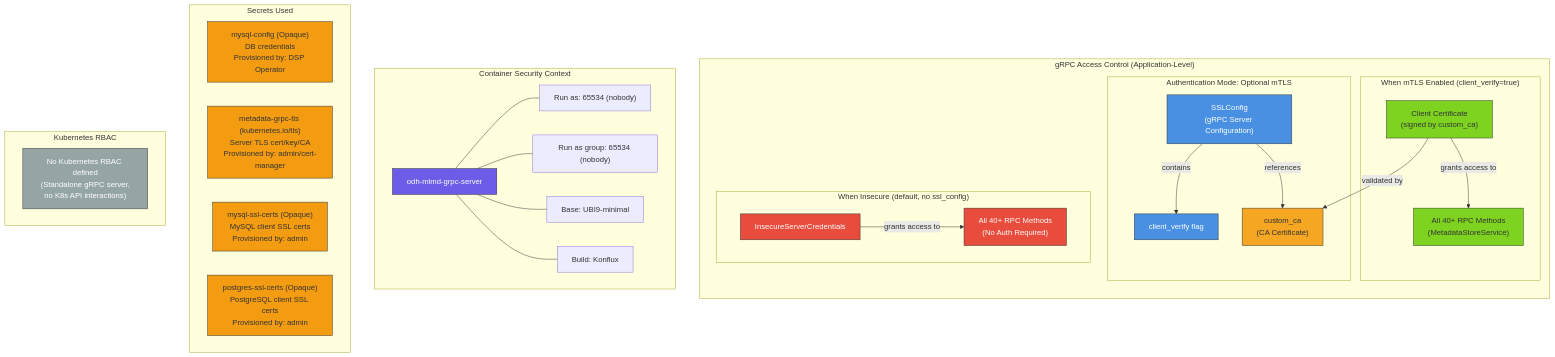
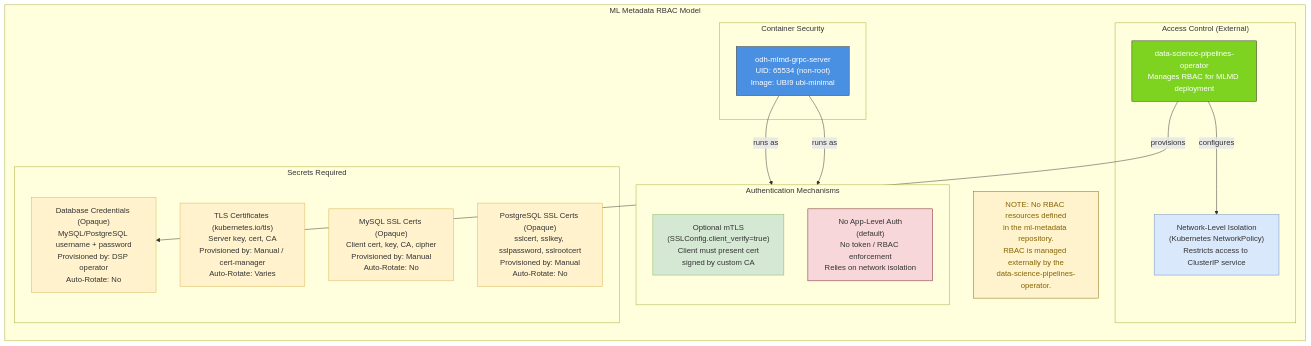
The diagram in architecture/rhoai-2.25/diagrams/ml-metadata-rbac.mmd (rhuss/architecture-context), drawn with Mermaid before and after one commit. The commit also changed 1980 other files, not shown here.

First line of the commit message:
regenerate architecture for rhoai-2.25 and rhoai-3.4, make PNG export opt-in

```diff
--- a/architecture/rhoai-2.25/diagrams/ml-metadata-rbac.mmd
+++ b/architecture/rhoai-2.25/diagrams/ml-metadata-rbac.mmd
@@ -1,66 +1,44 @@
-%% ML Metadata - RBAC / Access Control Diagram
-%% Generated by: Claude Opus 4.6
-%% Source: architecture/rhoai-2.25/ml-metadata.md
-
 graph TD
-    subgraph "gRPC Access Control (Application-Level)"
+    subgraph "ML Metadata RBAC Model"
         direction TB
 
-        subgraph "Authentication Mode: Optional mTLS"
-            SSLConfig["SSLConfig<br/>(gRPC Server Configuration)"]
-            ClientVerify["client_verify flag"]
-            CustomCA["custom_ca<br/>(CA Certificate)"]
+        Note["NOTE: No RBAC resources defined<br/>in the ml-metadata repository.<br/>RBAC is managed externally by the<br/>data-science-pipelines-operator."]
 
-            SSLConfig -->|contains| ClientVerify
-            SSLConfig -->|references| CustomCA
+        subgraph "Container Security"
+            Container["odh-mlmd-grpc-server<br/>UID: 65534 (non-root)<br/>Image: UBI9 ubi-minimal"]
         end
 
-        subgraph "When mTLS Enabled (client_verify=true)"
-            ClientCert["Client Certificate<br/>(signed by custom_ca)"]
-            ClientCert -->|validated by| CustomCA
-            ClientCert -->|grants access to| AllRPCs_Secure["All 40+ RPC Methods<br/>(MetadataStoreService)"]
+        subgraph "Authentication Mechanisms"
+            direction TB
+            mTLS["Optional mTLS<br/>(SSLConfig.client_verify=true)<br/>Client must present cert<br/>signed by custom CA"]
+            NoAuth["No App-Level Auth<br/>(default)<br/>No token / RBAC enforcement<br/>Relies on network isolation"]
         end
 
-        subgraph "When Insecure (default, no ssl_config)"
-            Insecure["InsecureServerCredentials"]
-            Insecure -->|grants access to| AllRPCs_Open["All 40+ RPC Methods<br/>(No Auth Required)"]
+        subgraph "Access Control (External)"
+            DSPOp["data-science-pipelines-operator<br/>Manages RBAC for MLMD deployment"]
+            NetPolicy["Network-Level Isolation<br/>(Kubernetes NetworkPolicy)<br/>Restricts access to ClusterIP service"]
         end
+
+        subgraph "Secrets Required"
+            DBCreds["Database Credentials (Opaque)<br/>MySQL/PostgreSQL username + password<br/>Provisioned by: DSP operator<br/>Auto-Rotate: No"]
+            TLSCerts["TLS Certificates (kubernetes.io/tls)<br/>Server key, cert, CA<br/>Provisioned by: Manual / cert-manager<br/>Auto-Rotate: Varies"]
+            MySQLSSL["MySQL SSL Certs (Opaque)<br/>Client cert, key, CA, cipher<br/>Provisioned by: Manual<br/>Auto-Rotate: No"]
+            PgSSL["PostgreSQL SSL Certs (Opaque)<br/>sslcert, sslkey, sslpassword, sslrootcert<br/>Provisioned by: Manual<br/>Auto-Rotate: No"]
+        end
+
+        Container -->|"runs as"| mTLS
+        Container -->|"runs as"| NoAuth
+        DSPOp -->|"provisions"| DBCreds
+        DSPOp -->|"configures"| NetPolicy
     end
 
-    subgraph "Container Security Context"
-        Container["odh-mlmd-grpc-server"]
-        UserID["Run as: 65534 (nobody)"]
-        GroupID["Run as group: 65534 (nobody)"]
-        BaseImg["Base: UBI9-minimal"]
-        BuildSys["Build: Konflux"]
-
-        Container --- UserID
-        Container --- GroupID
-        Container --- BaseImg
-        Container --- BuildSys
-    end
-
-    subgraph "Secrets Used"
-        S1["mysql-config (Opaque)<br/>DB credentials<br/>Provisioned by: DSP Operator"]
-        S2["metadata-grpc-tls (kubernetes.io/tls)<br/>Server TLS cert/key/CA<br/>Provisioned by: admin/cert-manager"]
-        S3["mysql-ssl-certs (Opaque)<br/>MySQL client SSL certs<br/>Provisioned by: admin"]
-        S4["postgres-ssl-certs (Opaque)<br/>PostgreSQL client SSL certs<br/>Provisioned by: admin"]
-    end
-
-    subgraph "Kubernetes RBAC"
-        NoRBAC["No Kubernetes RBAC defined<br/>(Standalone gRPC server,<br/>no K8s API interactions)"]
-    end
-
-    style SSLConfig fill:#4a90e2,stroke:#333,color:#fff
-    style ClientVerify fill:#4a90e2,stroke:#333,color:#fff
-    style CustomCA fill:#f5a623,stroke:#333
-    style ClientCert fill:#7ed321,stroke:#333
-    style AllRPCs_Secure fill:#7ed321,stroke:#333
-    style Insecure fill:#e74c3c,stroke:#333,color:#fff
-    style AllRPCs_Open fill:#e74c3c,stroke:#333,color:#fff
-    style Container fill:#6c5ce7,stroke:#333,color:#fff
-    style NoRBAC fill:#95a5a6,stroke:#333,color:#fff
-    style S1 fill:#f39c12,stroke:#333
-    style S2 fill:#f39c12,stroke:#333
-    style S3 fill:#f39c12,stroke:#333
-    style S4 fill:#f39c12,stroke:#333
+    style Note fill:#fff3cd,stroke:#856404,color:#856404
+    style Container fill:#4a90e2,stroke:#333,color:#fff
+    style mTLS fill:#d5e8d4,stroke:#82b366
+    style NoAuth fill:#f8d7da,stroke:#721c24
+    style DSPOp fill:#7ed321,stroke:#333,color:#fff
+    style NetPolicy fill:#dae8fc,stroke:#6c8ebf
+    style DBCreds fill:#fff2cc,stroke:#d6b656
+    style TLSCerts fill:#fff2cc,stroke:#d6b656
+    style MySQLSSL fill:#fff2cc,stroke:#d6b656
+    style PgSSL fill:#fff2cc,stroke:#d6b656
```
